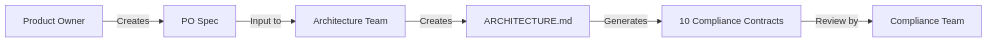
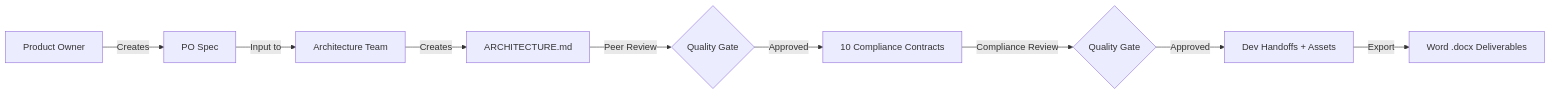
One commit to shadowX4fox/solutions-architect-skills changed the diagram in README.md. Above: the diagram before and after it, drawn with Mermaid. The commit also changed other lines of this file and 3 other files, not shown here.

````diff
--- a/README.md
+++ b/README.md
@@ -422,8 +481,11 @@
 ```mermaid
 graph LR
     A[Product Owner] -->|Creates| B[PO Spec]
     B -->|Input to| C[Architecture Team]
     C -->|Creates| D[ARCHITECTURE.md]
-    D -->|Generates| E[10 Compliance Contracts]
-    E -->|Review by| F[Compliance Team]
+    D -->|Peer Review| E{Quality Gate}
+    E -->|Approved| F[10 Compliance Contracts]
+    F -->|Compliance Review| G{Quality Gate}
+    G -->|Approved| H[Dev Handoffs + Assets]
+    H -->|Export| I[Word .docx Deliverables]
 ```
````
